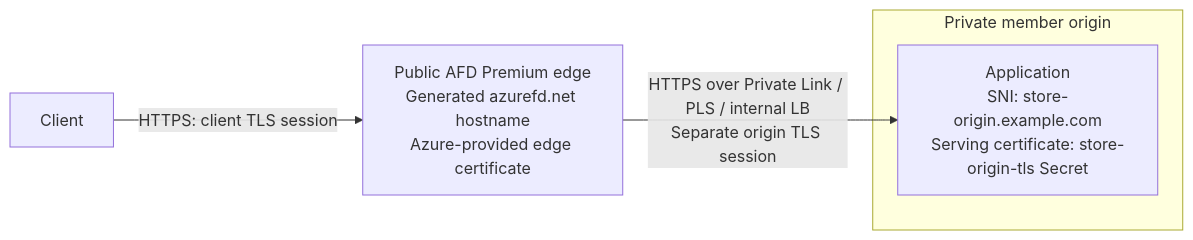
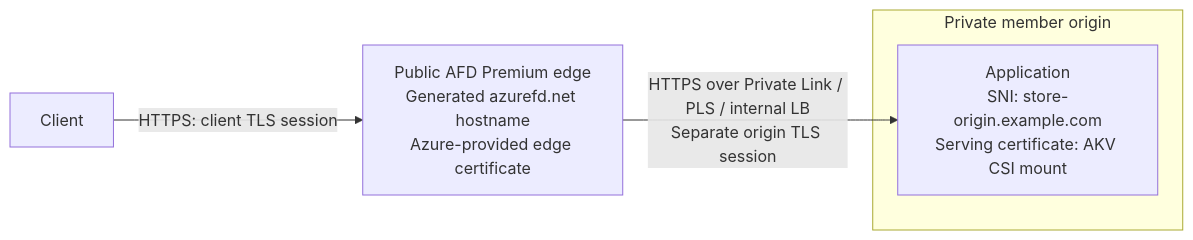
The diagram in docs/design/gep-1748-https-origins-proposal.md (Azure/fleet-networking), drawn with Mermaid before and after one commit. The commit also changed other lines of this file and 25 other files, not shown here.

First line of the commit message:
test(https): cover TLS isolation and add gated certificate fixtures

````diff
--- a/docs/design/gep-1748-https-origins-proposal.md
+++ b/docs/design/gep-1748-https-origins-proposal.md
@@ -49,10 +50,10 @@
 ```mermaid
 flowchart LR
     CLIENT["Client"]
     AFD["Public AFD Premium edge<br/>Generated azurefd.net hostname<br/>Azure-provided edge certificate"]
     subgraph MEMBER["Private member origin"]
-        APP["Application<br/>SNI: store-origin.example.com<br/>Serving certificate: store-origin-tls Secret"]
+        APP["Application<br/>SNI: store-origin.example.com<br/>Serving certificate: AKV CSI mount"]
     end
     CLIENT -->|"HTTPS: client TLS session"| AFD
     AFD -->|"HTTPS over Private Link / PLS / internal LB<br/>Separate origin TLS session"| APP
 ```
````
